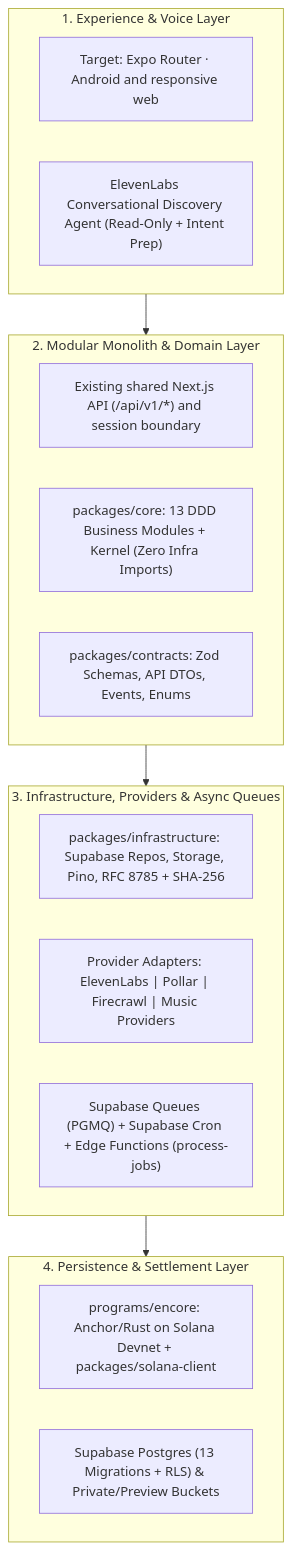
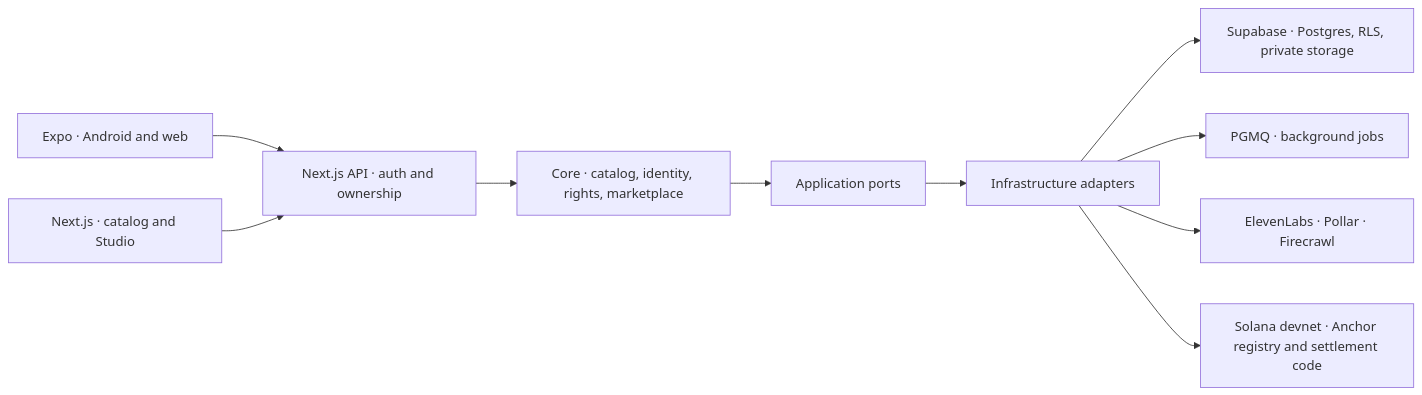
One commit to Soujanya-Mctrl/Encore changed the first of 2 diagrams in README.md. Above: the diagram before and after it, drawn with Mermaid. The commit also changed other lines of this file and 2 other files, not shown here.

Commit message:
docs: update README, add WIKI and music studio verification docs

````diff
--- a/README.md
+++ b/README.md
@@ -53,23 +63,12 @@
 ```mermaid
-flowchart TD
-    subgraph L1["1. Experience & Voice Layer"]
-        UI["Target: Expo Router · Android and responsive web"]
-        Voice["ElevenLabs Conversational Discovery Agent (Read-Only + Intent Prep)"]
-    end
-    subgraph L2["2. Modular Monolith & Domain Layer"]
-        API["Existing shared Next.js API (/api/v1/*) and session boundary"]
-        Core["packages/core: 13 DDD Business Modules + Kernel (Zero Infra Imports)"]
-        Contracts["packages/contracts: Zod Schemas, API DTOs, Events, Enums"]
-    end
-    subgraph L3["3. Infrastructure, Providers & Async Queues"]
-        Infra["packages/infrastructure: Supabase Repos, Storage, Pino, RFC 8785 + SHA-256"]
-        Adapters["Provider Adapters: ElevenLabs | Pollar | Firecrawl | Music Providers"]
-        Jobs["Supabase Queues (PGMQ) + Supabase Cron + Edge Functions (process-jobs)"]
-    end
-    subgraph L4["4. Persistence & Settlement Layer"]
-        Solana["programs/encore: Anchor/Rust on Solana Devnet + packages/solana-client"]
-        Storage["Supabase Postgres (13 Migrations + RLS) & Private/Preview Buckets"]
-    end
-
-    L1 --> L2 --> L3 --> L4
+flowchart LR
+    Expo["Expo · Android and web"] --> API["Next.js API · auth and ownership"]
+    Web["Next.js · catalog and Studio"] --> API
+    API --> Core["Core · catalog, identity, rights, marketplace"]
+    Core --> Ports["Application ports"]
+    Ports --> Infra["Infrastructure adapters"]
+    Infra --> DB["Supabase · Postgres, RLS, private storage"]
+    Infra --> Queue["PGMQ · background jobs"]
+    Infra --> Providers["ElevenLabs · Pollar · Firecrawl"]
+    Infra --> Solana["Solana devnet · Anchor registry and settlement code"]
 ```
````
